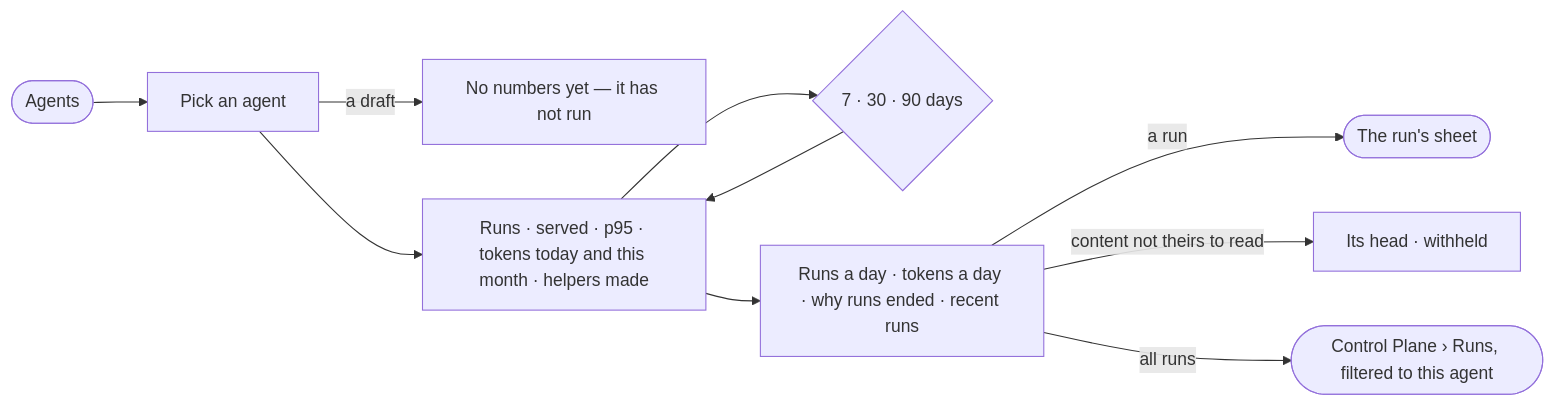
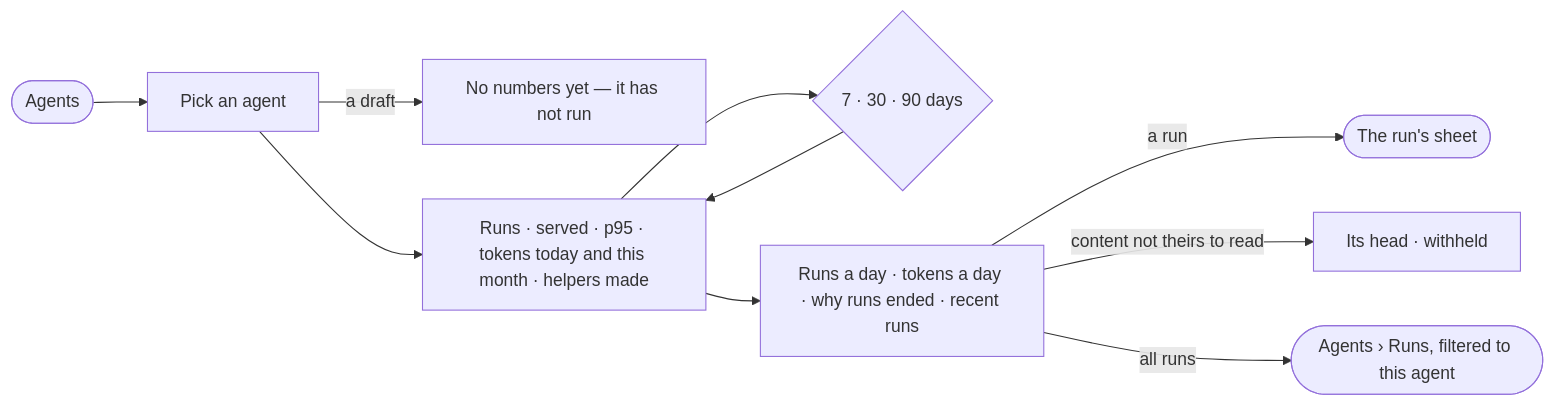
The diagram in specs/os/control/features/CP-F10-runs-and-how-the-agents-are-doing/stories/CP-49-read-how-one-agent-is-doing/story.md (invana/invana), drawn with Mermaid before and after one commit. The commit also changed 106 other files, not shown here.

````diff
--- a/specs/os/control/features/CP-F10-runs-and-how-the-agents-are-doing/stories/CP-49-read-how-one-agent-is-doing/story.md
+++ b/specs/os/control/features/CP-F10-runs-and-how-the-agents-are-doing/stories/CP-49-read-how-one-agent-is-doing/story.md
@@ -27,12 +27,12 @@
 ```mermaid
 flowchart LR
   a([Agents]) --> p["Pick an agent"]
   p -->|a draft| d["No numbers yet — it has not run"]
   p --> n["Runs · served · p95 · tokens today and this month · helpers made"]
   n --> w{"7 · 30 · 90 days"}
   w --> n
   n --> r["Runs a day · tokens a day · why runs ended · recent runs"]
   r -->|a run| s(["The run's sheet"])
   r -->|content not theirs to read| x["Its head · withheld"]
-  r -->|all runs| l(["Control Plane › Runs, filtered to this agent"])
+  r -->|all runs| l(["Agents › Runs, filtered to this agent"])
 ```
````
